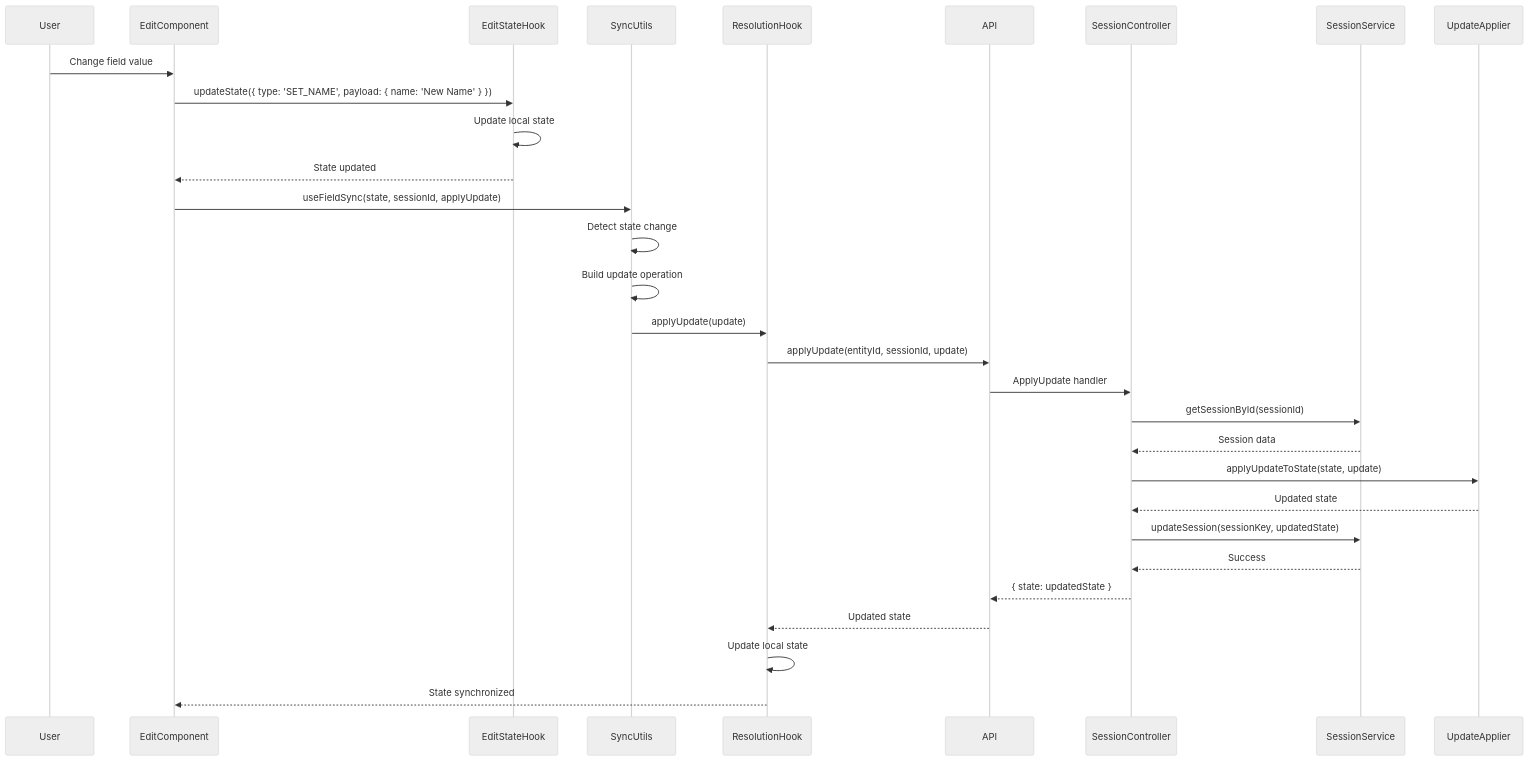
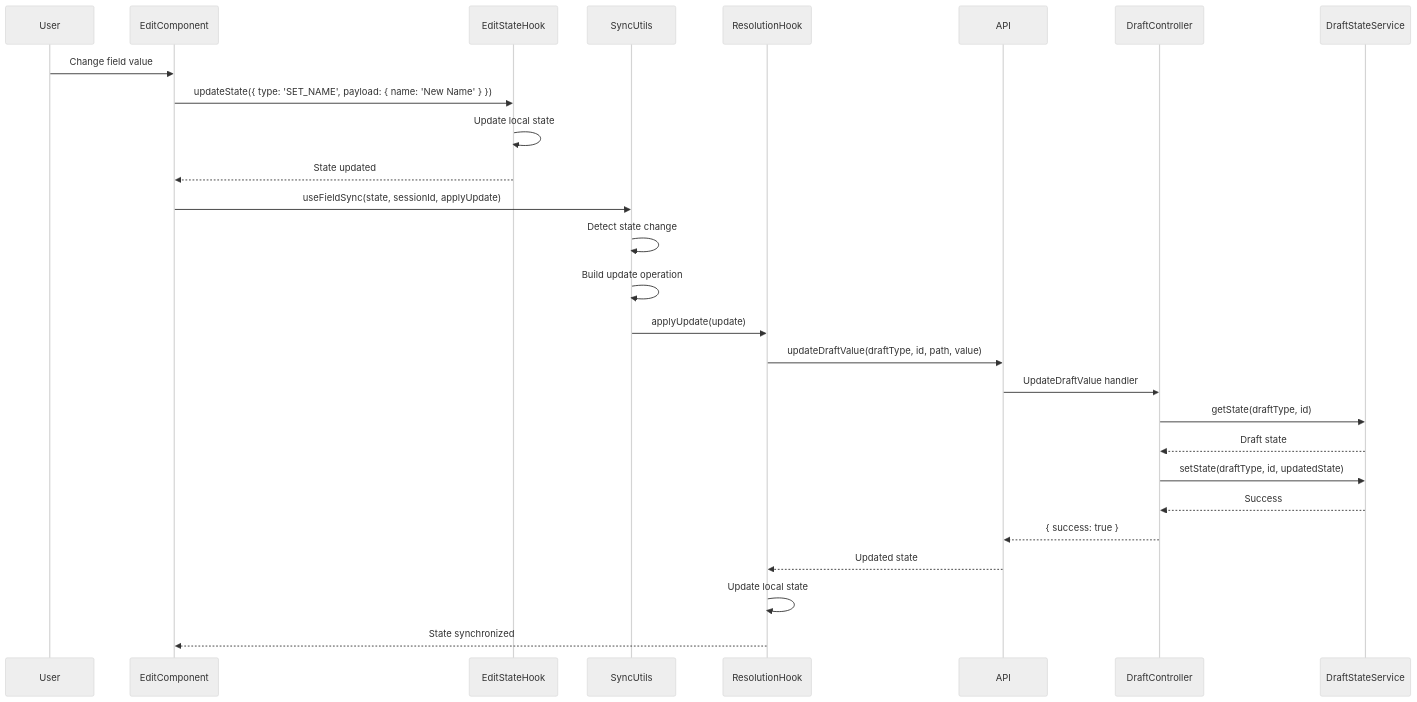
The third of 3 diagrams in packages/shared/docs/application-overview/session-state-management.md (Cezero/dnd_tools), drawn with Mermaid (neutral theme) before and after one commit. The commit also changed other lines of this file and 84 other files, not shown here.

````diff
--- a/packages/shared/docs/application-overview/session-state-management.md
+++ b/packages/shared/docs/application-overview/session-state-management.md
@@ -103,35 +99,32 @@
 ```mermaid
 sequenceDiagram
     participant User
     participant EditComponent
     participant EditStateHook
     participant SyncUtils
     participant ResolutionHook
     participant API
-    participant SessionController
-    participant SessionService
-    participant UpdateApplier
+    participant DraftController
+    participant DraftStateService
     
     User->>EditComponent: Change field value
     EditComponent->>EditStateHook: updateState({ type: 'SET_NAME', payload: { name: 'New Name' } })
     EditStateHook->>EditStateHook: Update local state
     EditStateHook-->>EditComponent: State updated
     
     EditComponent->>SyncUtils: useFieldSync(state, sessionId, applyUpdate)
     SyncUtils->>SyncUtils: Detect state change
     SyncUtils->>SyncUtils: Build update operation
     SyncUtils->>ResolutionHook: applyUpdate(update)
     
-    ResolutionHook->>API: applyUpdate(entityId, sessionId, update)
-    API->>SessionController: ApplyUpdate handler
-    SessionController->>SessionService: getSessionById(sessionId)
-    SessionService-->>SessionController: Session data
-    SessionController->>UpdateApplier: applyUpdateToState(state, update)
-    UpdateApplier-->>SessionController: Updated state
-    SessionController->>SessionService: updateSession(sessionKey, updatedState)
-    SessionService-->>SessionController: Success
-    SessionController-->>API: { state: updatedState }
+    ResolutionHook->>API: updateDraftValue(draftType, id, path, value)
+    API->>DraftController: UpdateDraftValue handler
+    DraftController->>DraftStateService: getState(draftType, id)
+    DraftStateService-->>DraftController: Draft state
+    DraftController->>DraftStateService: setState(draftType, id, updatedState)
+    DraftStateService-->>DraftController: Success
+    DraftController-->>API: { success: true }
     API-->>ResolutionHook: Updated state
     ResolutionHook->>ResolutionHook: Update local state
     ResolutionHook-->>EditComponent: State synchronized
 ```
````
